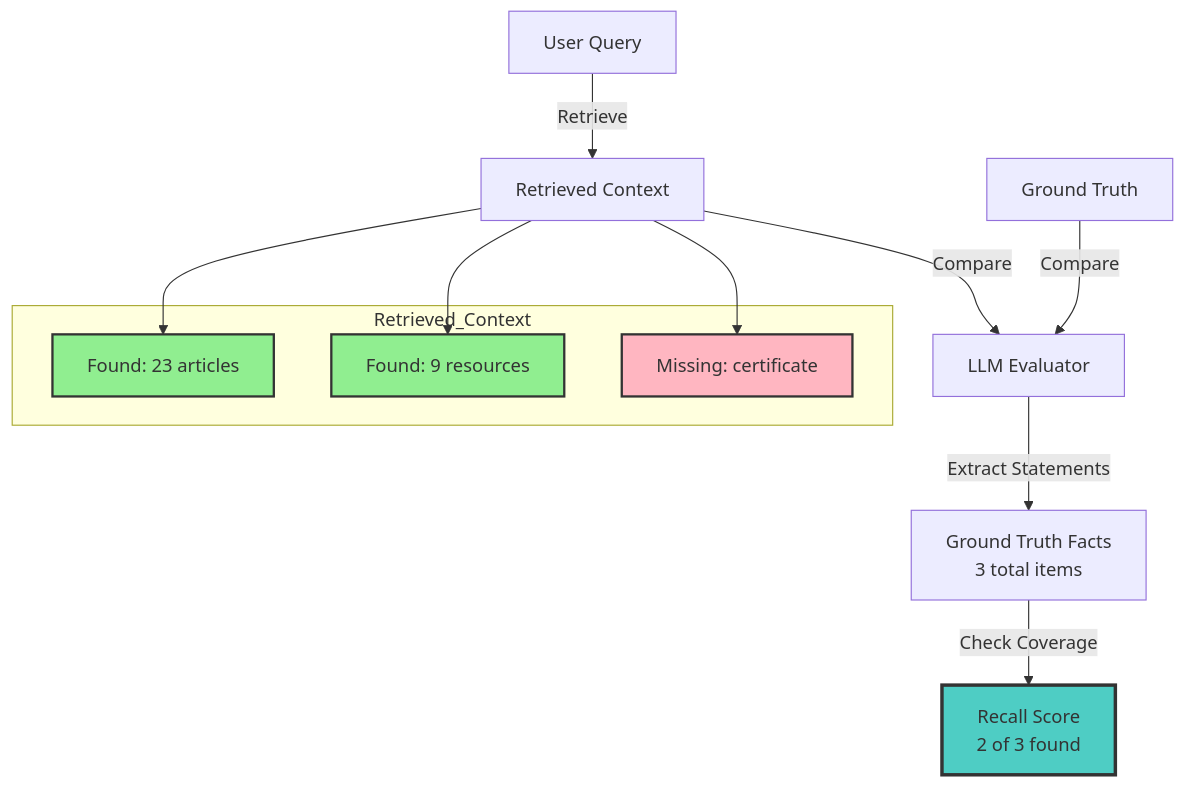
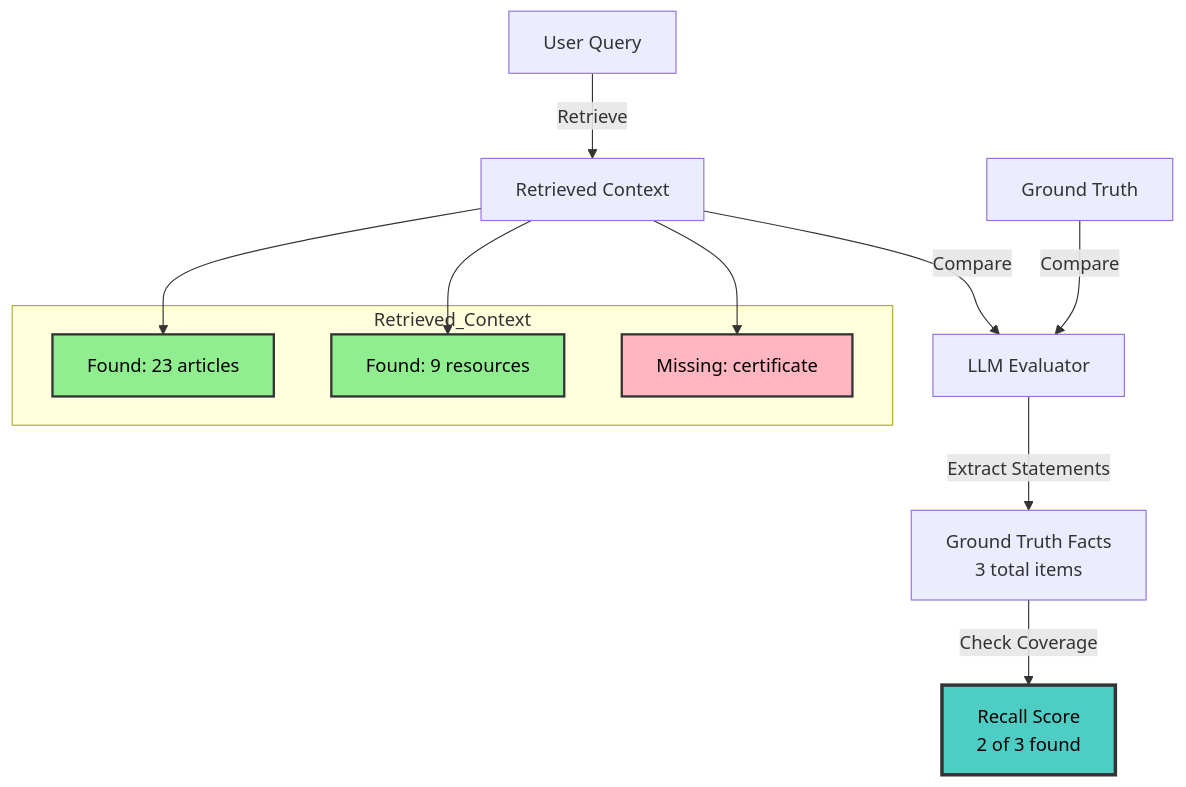
The fourth of 13 diagrams in ARCHITECTURE.md (abhi9avx/ragas-llm-evaluation), drawn with Mermaid before and after one commit. The commit also changed other lines of this file, not shown here.

Commit message:
Add dark text color to all diagram nodes for better readability

````diff
--- a/ARCHITECTURE.md
+++ b/ARCHITECTURE.md
@@ -147,27 +147,27 @@
 ```mermaid
 graph TD
     A[User Query] -->|Retrieve| B[Retrieved Context]
     C[Ground Truth] 
     
     subgraph Retrieved_Context
         R1[Found: 23 articles]
         R2[Found: 9 resources]
         R3[Missing: certificate]
     end
     
     B --> R1
     B --> R2
     B --> R3
     
     C -->|Compare| D[LLM Evaluator]
     B -->|Compare| D
     
     D -->|Extract Statements| E[Ground Truth Facts<br/>3 total items]
     
     E -->|Check Coverage| F[Recall Score<br/>2 of 3 found]
     
-    style R1 fill:#90EE90,stroke:#333,stroke-width:2px
-    style R2 fill:#90EE90,stroke:#333,stroke-width:2px
-    style R3 fill:#FFB6C1,stroke:#333,stroke-width:2px
-    style F fill:#4ECDC4,stroke:#333,stroke-width:3px
+    style R1 fill:#90EE90,stroke:#333,stroke-width:2px,color:#000
+    style R2 fill:#90EE90,stroke:#333,stroke-width:2px,color:#000
+    style R3 fill:#FFB6C1,stroke:#333,stroke-width:2px,color:#000
+    style F fill:#4ECDC4,stroke:#333,stroke-width:3px,color:#000
 ```
````
